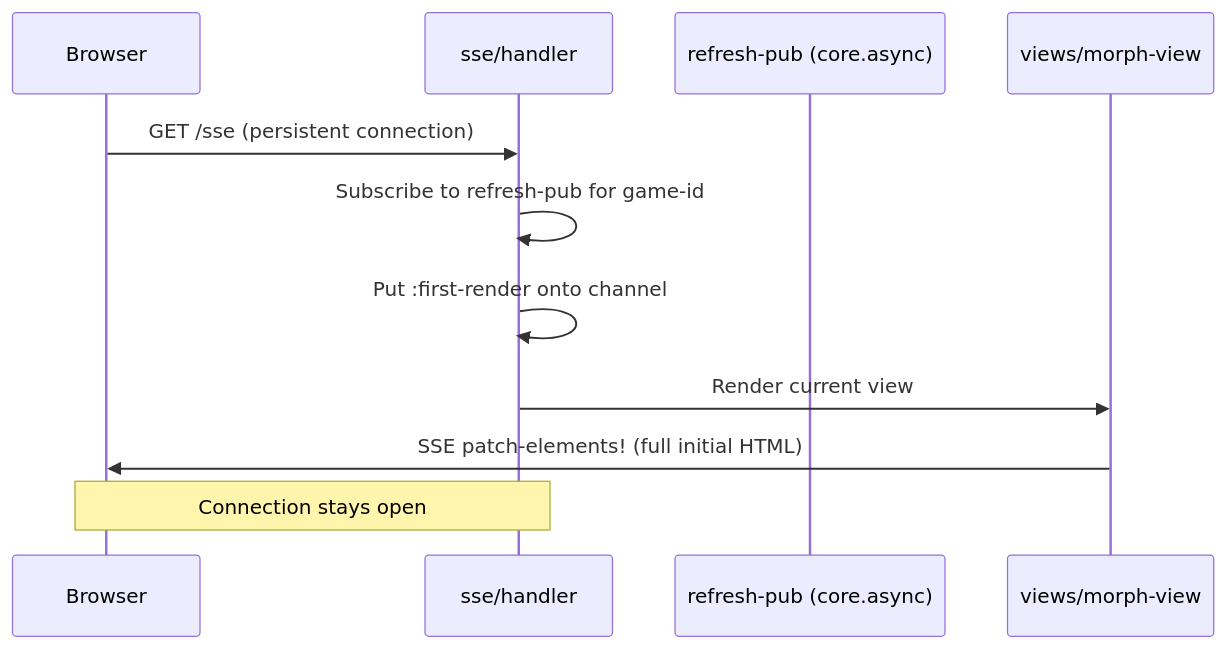
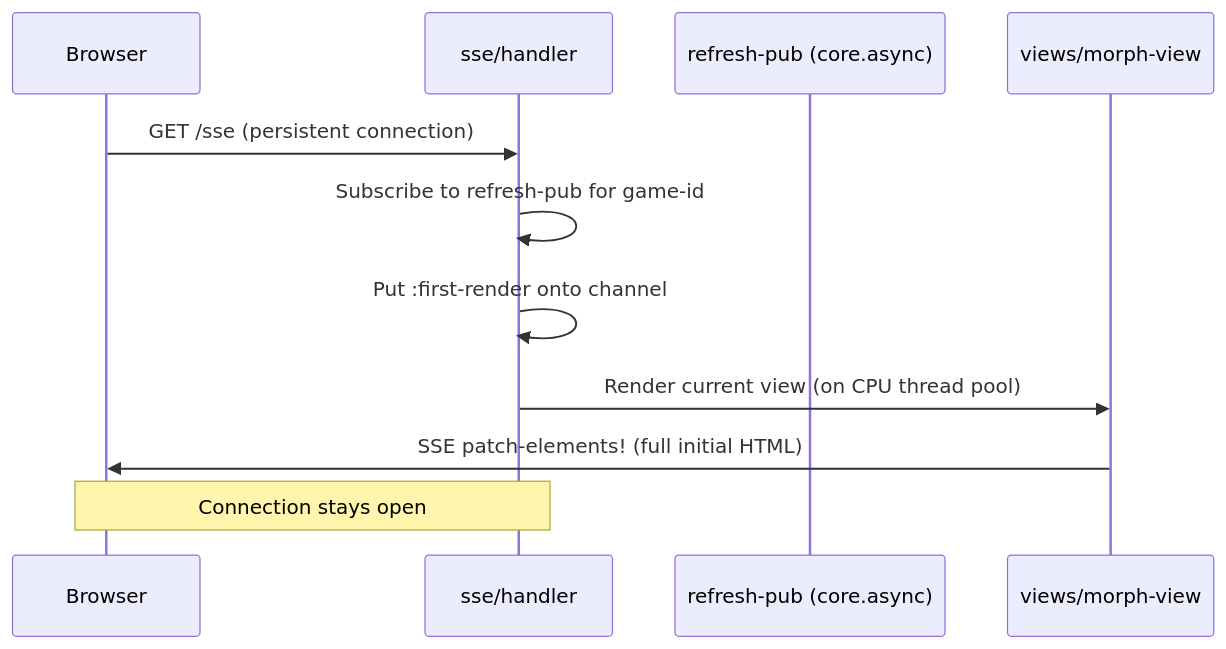
One commit to jindrichmynarz/localquiz changed the second of 8 diagrams in data_flow.md. Above: the diagram before and after it, drawn with Mermaid. The commit also changed other lines of this file, not shown here.

Commit message:
Update the data flow

````diff
--- a/data_flow.md
+++ b/data_flow.md
@@ -37,14 +56,14 @@
 ```mermaid
 sequenceDiagram
     participant B as Browser
     participant SSE as sse/handler
     participant Pub as refresh-pub (core.async)
     participant V as views/morph-view
 
     B->>SSE: GET /sse (persistent connection)
     SSE->>SSE: Subscribe to refresh-pub for game-id
     SSE->>SSE: Put :first-render onto channel
-    SSE->>V: Render current view
+    SSE->>V: Render current view (on CPU thread pool)
     V->>B: SSE patch-elements! (full initial HTML)
     Note over SSE,B: Connection stays open
 ```
````
